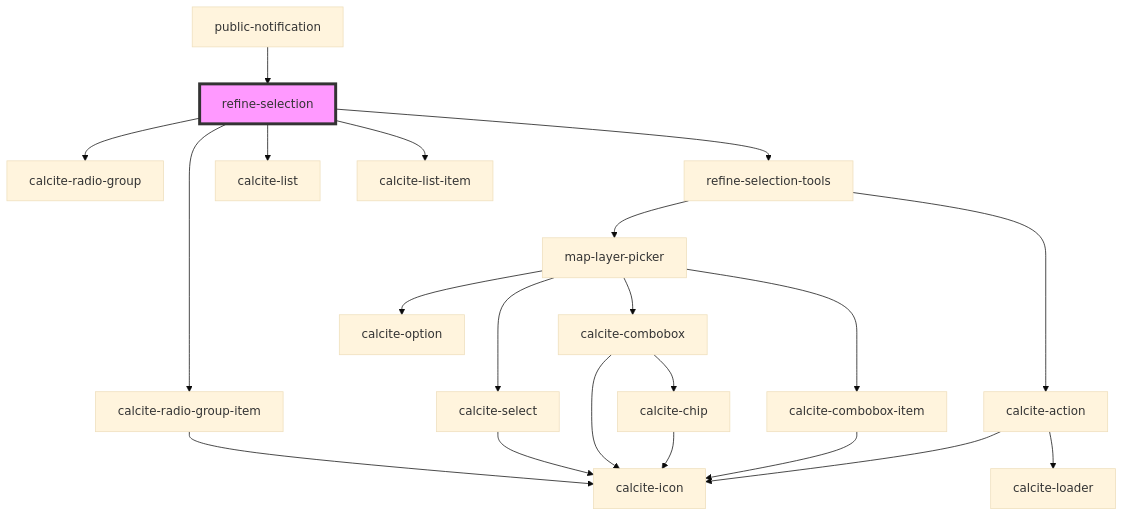
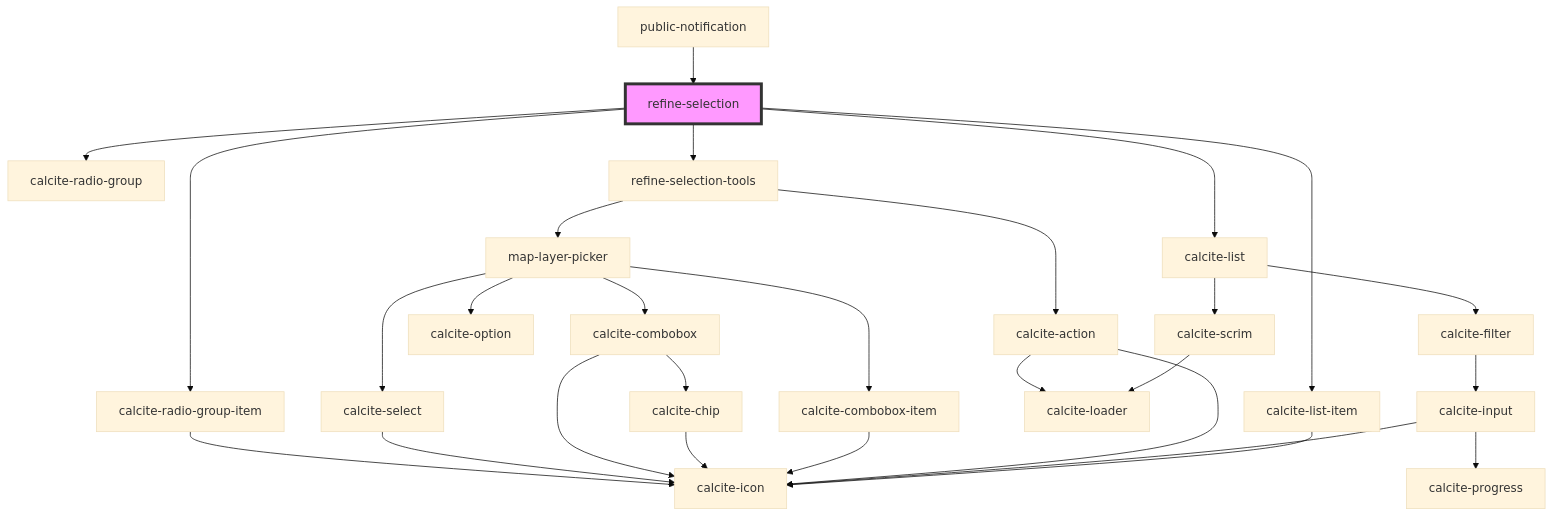
The diagram in src/components/refine-selection/readme.md (Esri/solutions-components), drawn with Mermaid (base theme) before and after one commit. The commit also changed 12 other files, not shown here.

````diff
--- a/src/components/refine-selection/readme.md
+++ b/src/components/refine-selection/readme.md
@@ -39,24 +39,31 @@
 ```mermaid
 graph TD;
   refine-selection --> calcite-radio-group
   refine-selection --> calcite-radio-group-item
   refine-selection --> refine-selection-tools
   refine-selection --> calcite-list
   refine-selection --> calcite-list-item
   calcite-radio-group-item --> calcite-icon
   refine-selection-tools --> map-layer-picker
   refine-selection-tools --> calcite-action
   map-layer-picker --> calcite-select
   map-layer-picker --> calcite-combobox
   map-layer-picker --> calcite-combobox-item
   map-layer-picker --> calcite-option
   calcite-select --> calcite-icon
   calcite-combobox --> calcite-chip
   calcite-combobox --> calcite-icon
   calcite-chip --> calcite-icon
   calcite-combobox-item --> calcite-icon
   calcite-action --> calcite-loader
   calcite-action --> calcite-icon
+  calcite-list --> calcite-scrim
+  calcite-list --> calcite-filter
+  calcite-scrim --> calcite-loader
+  calcite-filter --> calcite-input
+  calcite-input --> calcite-progress
+  calcite-input --> calcite-icon
+  calcite-list-item --> calcite-icon
   public-notification --> refine-selection
   style refine-selection fill:#f9f,stroke:#333,stroke-width:4px
 ```
````
